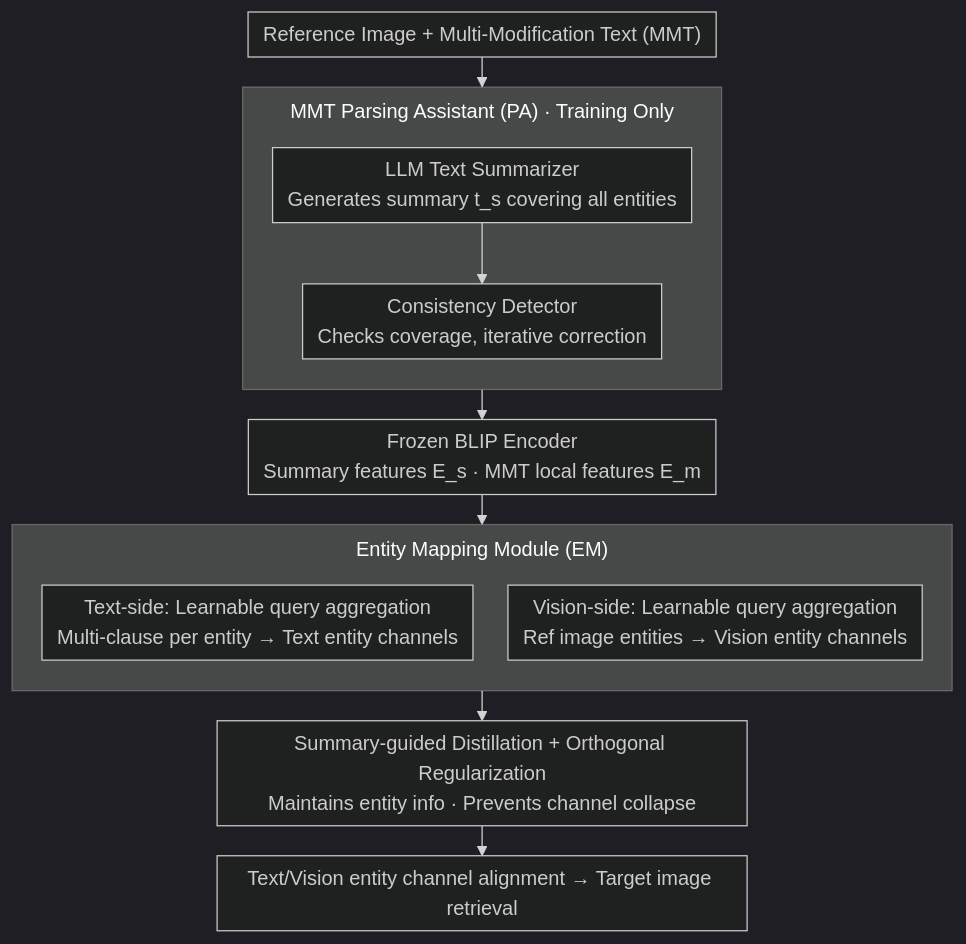
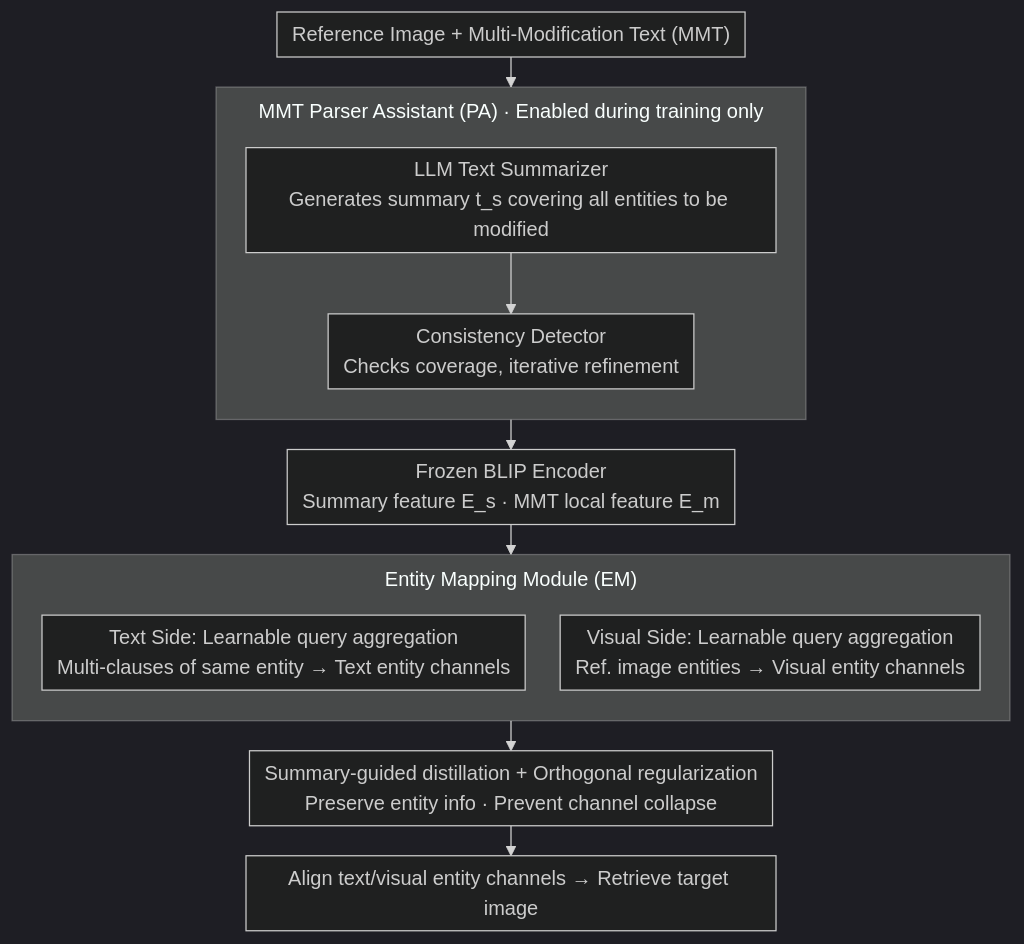
One commit to zhaoyang97/Paper-Notes-en changed the diagram in docs/ACL2026/multimodal_vlm/tema_anchor_the_image_follow_the_text_for_multi-modification_composed_image_retr.md. Above: the diagram before and after it, drawn with Mermaid (dark theme). The commit also changed other lines of this file and 5084 other files, not shown here.

````diff
--- a/docs/ACL2026/multimodal_vlm/tema_anchor_the_image_follow_the_text_for_multi-modification_composed_image_retr.md
+++ b/docs/ACL2026/multimodal_vlm/tema_anchor_the_image_follow_the_text_for_multi-modification_composed_image_retr.md
@@ -44,19 +44,19 @@
 ```mermaid
 %%{init: {'flowchart': {'rankSpacing': 24, 'nodeSpacing': 28, 'padding': 6, 'wrappingWidth': 400, 'subGraphTitleMargin': {'top': 8, 'bottom': 16}}}}%%
 flowchart TD
     IN["Reference Image + Multi-Modification Text (MMT)"]
-    subgraph PA["MMT Parsing Assistant (PA) · Training Only"]
+    subgraph PA["MMT Parser Assistant (PA) · Enabled during training only"]
         direction TB
-        S1["LLM Text Summarizer<br/>Generates summary t_s covering all entities"] --> S2["Consistency Detector<br/>Checks coverage, iterative correction"]
+        S1["LLM Text Summarizer<br/>Generates summary t_s covering all entities to be modified"] --> S2["Consistency Detector<br/>Checks coverage, iterative refinement"]
     end
     IN --> PA
-    PA --> ENC["Frozen BLIP Encoder<br/>Summary features E_s · MMT local features E_m"]
+    PA --> ENC["Frozen BLIP Encoder<br/>Summary feature E_s · MMT local feature E_m"]
     subgraph EM["Entity Mapping Module (EM)"]
         direction TB
-        T1["Text-side: Learnable query aggregation<br/>Multi-clause per entity → Text entity channels"]
-        V1["Vision-side: Learnable query aggregation<br/>Ref image entities → Vision entity channels"]
+        T1["Text Side: Learnable query aggregation<br/>Multi-clauses of same entity → Text entity channels"]
+        V1["Visual Side: Learnable query aggregation<br/>Ref. image entities → Visual entity channels"]
     end
     ENC --> EM
-    EM --> REG["Summary-guided Distillation + Orthogonal Regularization<br/>Maintains entity info · Prevents channel collapse"]
-    REG --> OUT["Text/Vision entity channel alignment → Target image retrieval"]
+    EM --> REG["Summary-guided distillation + Orthogonal regularization<br/>Preserve entity info · Prevent channel collapse"]
+    REG --> OUT["Align text/visual entity channels → Retrieve target image"]
 ```
````
